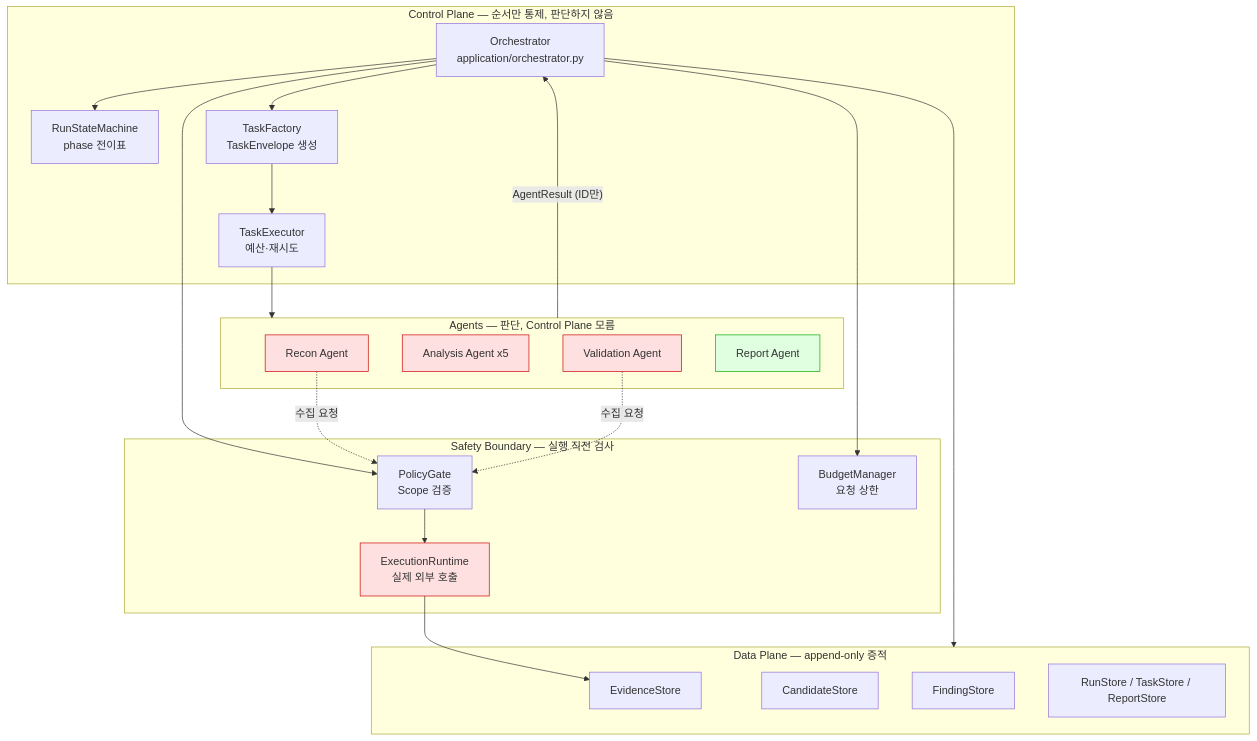
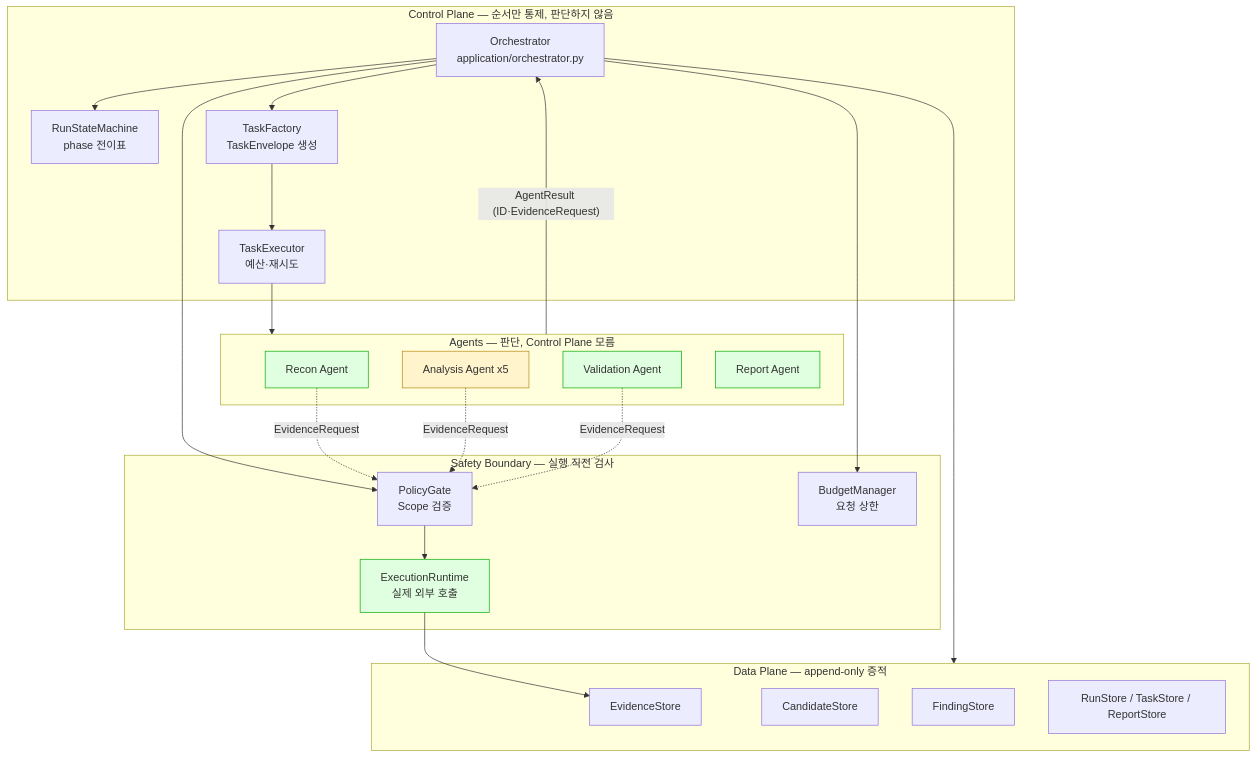
The first of 3 diagrams in IMPLEMENTATION_PLAN.md (Hacklipse/LASP_2026), drawn with Mermaid before and after one commit. The commit also changed other lines of this file and 13 other files, not shown here.

````diff
--- a/IMPLEMENTATION_PLAN.md
+++ b/IMPLEMENTATION_PLAN.md
@@ -44,43 +48,43 @@
 ```mermaid
 flowchart TB
     subgraph CP["Control Plane — 순서만 통제, 판단하지 않음"]
         ORCH["Orchestrator<br/>application/orchestrator.py"]
         SM["RunStateMachine<br/>phase 전이표"]
         TF["TaskFactory<br/>TaskEnvelope 생성"]
         TE["TaskExecutor<br/>예산·재시도"]
     end
 
     subgraph GATE["Safety Boundary — 실행 직전 검사"]
         PG["PolicyGate<br/>Scope 검증"]
         BM["BudgetManager<br/>요청 상한"]
         RT["ExecutionRuntime<br/>실제 외부 호출"]
     end
 
     subgraph AG["Agents — 판단, Control Plane 모름"]
         RC["Recon Agent"]
         AN["Analysis Agent x5"]
         VA["Validation Agent"]
         RP["Report Agent"]
     end
 
     subgraph DP["Data Plane — append-only 증적"]
         ES["EvidenceStore"]
         CS["CandidateStore"]
         FS["FindingStore"]
         RS["RunStore / TaskStore / ReportStore"]
     end
 
     ORCH --> SM
     ORCH --> TF --> TE --> AG
     ORCH --> PG
     ORCH --> BM
-    AG -->|"AgentResult (ID만)"| ORCH
-    RC & VA -.->|"수집 요청"| PG --> RT --> ES
+    AG -->|"AgentResult (ID·EvidenceRequest)"| ORCH
+    RC & AN & VA -.->|"EvidenceRequest"| PG --> RT --> ES
     ORCH --> DP
 
-    style RC fill:#ffe0e0,stroke:#c00
-    style AN fill:#ffe0e0,stroke:#c00
-    style VA fill:#ffe0e0,stroke:#c00
-    style RT fill:#ffe0e0,stroke:#c00
+    style RC fill:#e0ffe0,stroke:#0a0
+    style AN fill:#fff4cc,stroke:#b8860b
+    style VA fill:#e0ffe0,stroke:#0a0
+    style RT fill:#e0ffe0,stroke:#0a0
     style RP fill:#e0ffe0,stroke:#0a0
 ```
````
